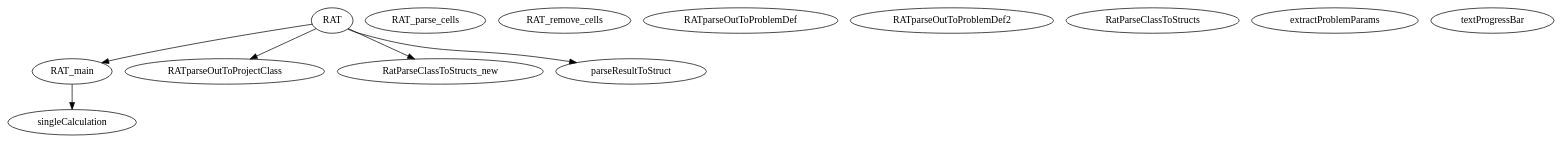
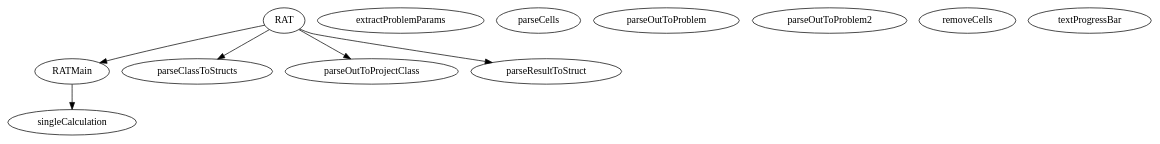
Before and after one commit to RascalSoftware/RAT: the diagram in master/api_reference/API/graph.dot, drawn with Graphviz. The commit also changed 336 other files, not shown here.

```diff
--- a/master/api_reference/API/graph.dot
+++ b/master/api_reference/API/graph.dot
@@ -1,22 +1,21 @@
 /* Created by mdot for Matlab */
 digraph m2html {
-  RAT -> RAT_main;
-  RAT -> RATparseOutToProjectClass;
-  RAT -> RatParseClassToStructs_new;
+  RAT -> RATMain;
+  RAT -> parseClassToStructs;
+  RAT -> parseOutToProjectClass;
   RAT -> parseResultToStruct;
-  RAT_main -> singleCalculation;
+  RATMain -> singleCalculation;
 
   RAT [URL="RAT.html"];
-  RAT_main [URL="RAT_main.html"];
-  RAT_parse_cells [URL="RAT_parse_cells.html"];
-  RAT_remove_cells [URL="RAT_remove_cells.html"];
-  RATparseOutToProblemDef [URL="RATparseOutToProblemDef.html"];
-  RATparseOutToProblemDef2 [URL="RATparseOutToProblemDef2.html"];
-  RATparseOutToProjectClass [URL="RATparseOutToProjectClass.html"];
-  RatParseClassToStructs [URL="RatParseClassToStructs.html"];
-  RatParseClassToStructs_new [URL="RatParseClassToStructs_new.html"];
+  RATMain [URL="RATMain.html"];
   extractProblemParams [URL="extractProblemParams.html"];
+  parseCells [URL="parseCells.html"];
+  parseClassToStructs [URL="parseClassToStructs.html"];
+  parseOutToProblem [URL="parseOutToProblem.html"];
+  parseOutToProblem2 [URL="parseOutToProblem2.html"];
+  parseOutToProjectClass [URL="parseOutToProjectClass.html"];
   parseResultToStruct [URL="parseResultToStruct.html"];
+  removeCells [URL="removeCells.html"];
   singleCalculation [URL="singleCalculation.html"];
   textProgressBar [URL="textProgressBar.html"];
 }
```
